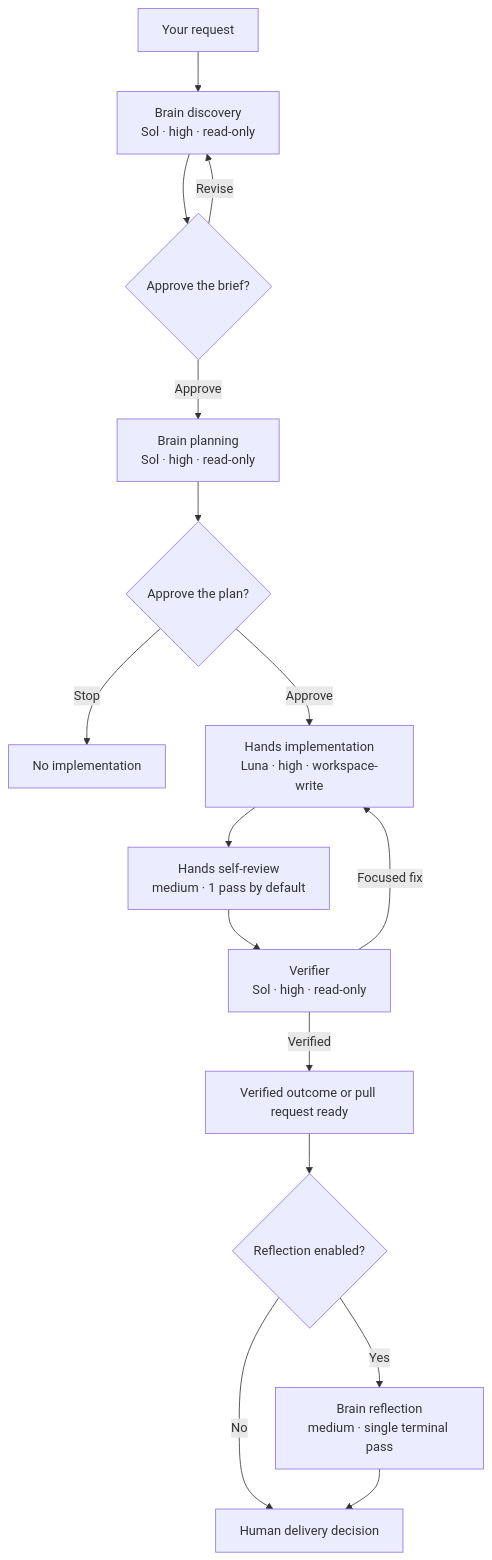
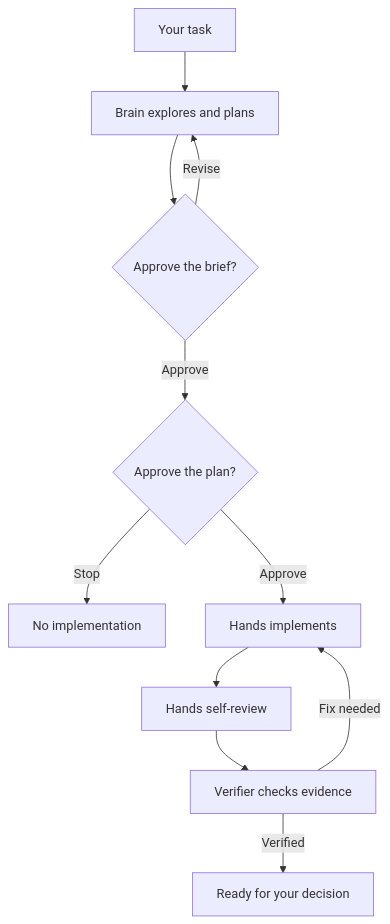
Before and after one commit to ngelik/brain-hands: the first of 3 diagrams in README.md, drawn with Mermaid. The commit also changed other lines of this file, not shown here.

````diff
--- a/README.md
+++ b/README.md
@@ -78,18 +38,13 @@
 ```mermaid
 flowchart TD
-    A["Your request"] --> B["Brain discovery<br/>Sol · high · read-only"]
+    A["Your task"] --> B["Brain explores and plans"]
     B --> C{"Approve the brief?"}
     C -- "Revise" --> B
-    C -- "Approve" --> D["Brain planning<br/>Sol · high · read-only"]
-    D --> E{"Approve the plan?"}
-    E -- "Stop" --> I["No implementation"]
-    E -- "Approve" --> F["Hands implementation<br/>Luna · high · workspace-write"]
-    F --> S["Hands self-review<br/>medium · 1 pass by default"]
-    S --> G["Verifier<br/>Sol · high · read-only"]
-    G -- "Focused fix" --> F
-    G -- "Verified" --> T["Verified outcome or pull request ready"]
-    T --> H{"Reflection enabled?"}
-    H -- "Yes" --> R["Brain reflection<br/>medium · single terminal pass"]
-    H -- "No" --> J["Human delivery decision"]
-    R --> J
+    C -- "Approve" --> D{"Approve the plan?"}
+    D -- "Stop" --> X["No implementation"]
+    D -- "Approve" --> E["Hands implements"]
+    E --> F["Hands self-review"]
+    F --> G["Verifier checks evidence"]
+    G -- "Fix needed" --> E
+    G -- "Verified" --> H["Ready for your decision"]
 ```
````
